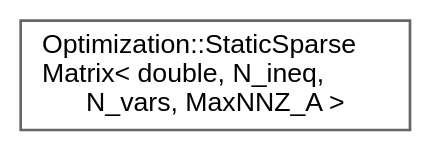
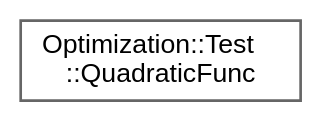
Before and after one commit to jswoo0615/Algorithms_for_Optimization_cpp: the diagram in inherit_graph_65.dot, drawn with Graphviz. The commit also changed 121 other files, not shown here.

```diff
--- a/inherit_graph_65.dot
+++ b/inherit_graph_65.dot
@@ -1,9 +1,9 @@
 digraph "Graphical Class Hierarchy"
 {
  // LATEX_PDF_SIZE
   bgcolor="transparent";
   edge [fontname=Helvetica,fontsize=10,labelfontname=Helvetica,labelfontsize=10];
   node [fontname=Helvetica,fontsize=10,shape=box,height=0.2,width=0.4];
   rankdir="LR";
-  Node0 [id="Node000000",label="Optimization::StaticSparse\lMatrix\< double, N_ineq,\l N_vars, MaxNNZ_A \>",height=0.2,width=0.4,color="grey40", fillcolor="white", style="filled",URL="$classOptimization_1_1StaticSparseMatrix.html",tooltip=" "];
+  Node0 [id="Node000000",label="Optimization::Test\l::QuadraticFunc",height=0.2,width=0.4,color="grey40", fillcolor="white", style="filled",URL="$structOptimization_1_1Test_1_1QuadraticFunc.html",tooltip=" "];
 }
```
